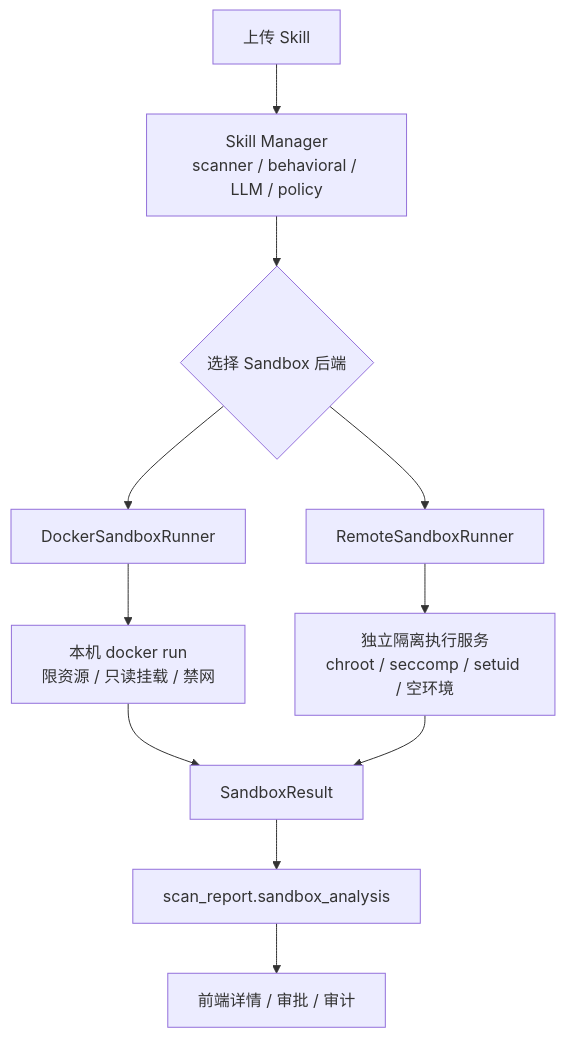
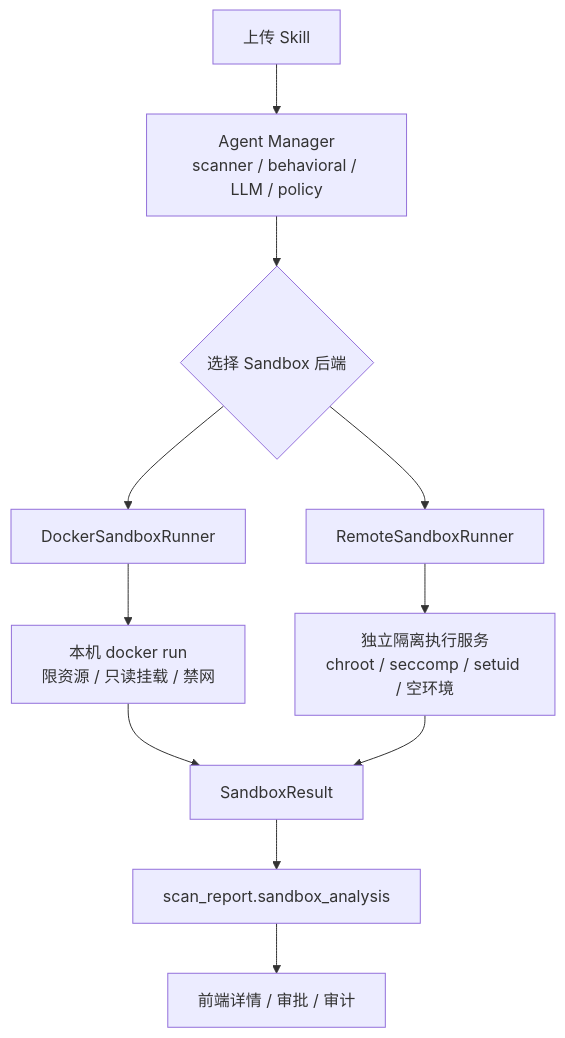
The first of 2 diagrams in docs/sandbox-service-architecture.md (HuangLuGuang/skill-manager), drawn with Mermaid before and after one commit. The commit also changed other lines of this file and 141 other files, not shown here.

First line of the commit message:
refactor: 重命名项目为 Agent Manager，更新前端文案和交互

````diff
--- a/docs/sandbox-service-architecture.md
+++ b/docs/sandbox-service-architecture.md
@@ -30,17 +30,17 @@
 ```mermaid
 flowchart TB
-    A["上传 Skill"] --> B["Skill Manager<br/>scanner / behavioral / LLM / policy"]
+    A["上传 Skill"] --> B["Agent Manager<br/>scanner / behavioral / LLM / policy"]
     B --> C{"选择 Sandbox 后端"}
 
     C --> D1["DockerSandboxRunner"]
     C --> D2["RemoteSandboxRunner"]
 
     D1 --> E1["本机 docker run<br/>限资源 / 只读挂载 / 禁网"]
     D2 --> E2["独立隔离执行服务<br/>chroot / seccomp / setuid / 空环境"]
 
     E1 --> F["SandboxResult"]
     E2 --> F
 
     F --> G["scan_report.sandbox_analysis"]
     G --> H["前端详情 / 审批 / 审计"]
 ```
````
